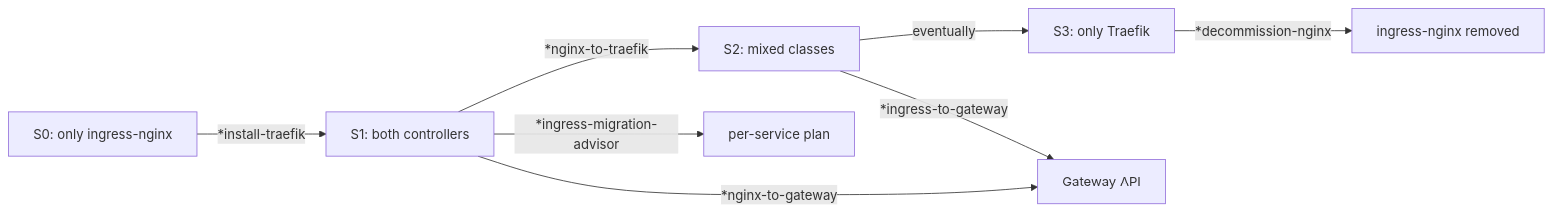
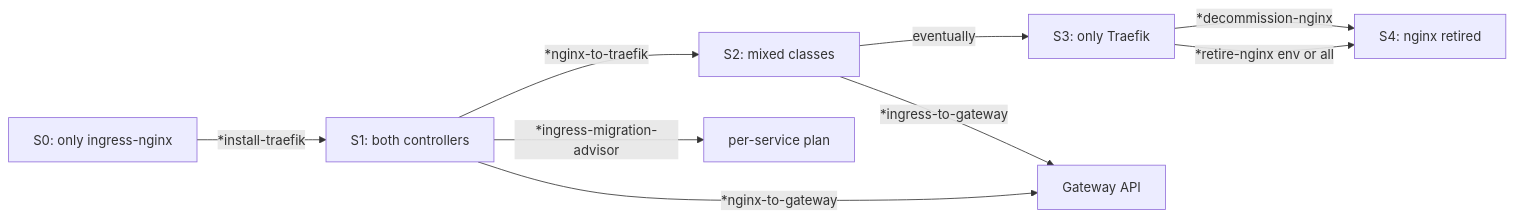
The diagram in prompts/zeus/migration-quickstart.md (qwedsazxc78/devops-ai-skill), drawn with Mermaid before and after one commit. The commit also changed other lines of this file and 59 other files, not shown here.

First line of the commit message:
chore(release): v1.17.1 — register nginx-ingress-retire + migration runbook updates + skill architecture diagrams

````diff
--- a/prompts/zeus/migration-quickstart.md
+++ b/prompts/zeus/migration-quickstart.md
@@ -72,15 +80,16 @@
 ```mermaid
 flowchart LR
     S0[S0: only ingress-nginx]
     S1[S1: both controllers]
     S2[S2: mixed classes]
     S3[S3: only Traefik]
 
     S0 -->|*install-traefik| S1
     S1 -->|*ingress-migration-advisor| Plan[per-service plan]
     S1 -->|*nginx-to-traefik| S2
     S1 -->|*nginx-to-gateway| Gateway[Gateway API]
     S2 -->|*ingress-to-gateway| Gateway
     S2 -->|eventually| S3
-    S3 -->|*decommission-nginx| Done[ingress-nginx removed]
+    S3 -->|*retire-nginx env or all| S4[S4: nginx retired]
+    S3 -->|*decommission-nginx| S4
 ```
````
